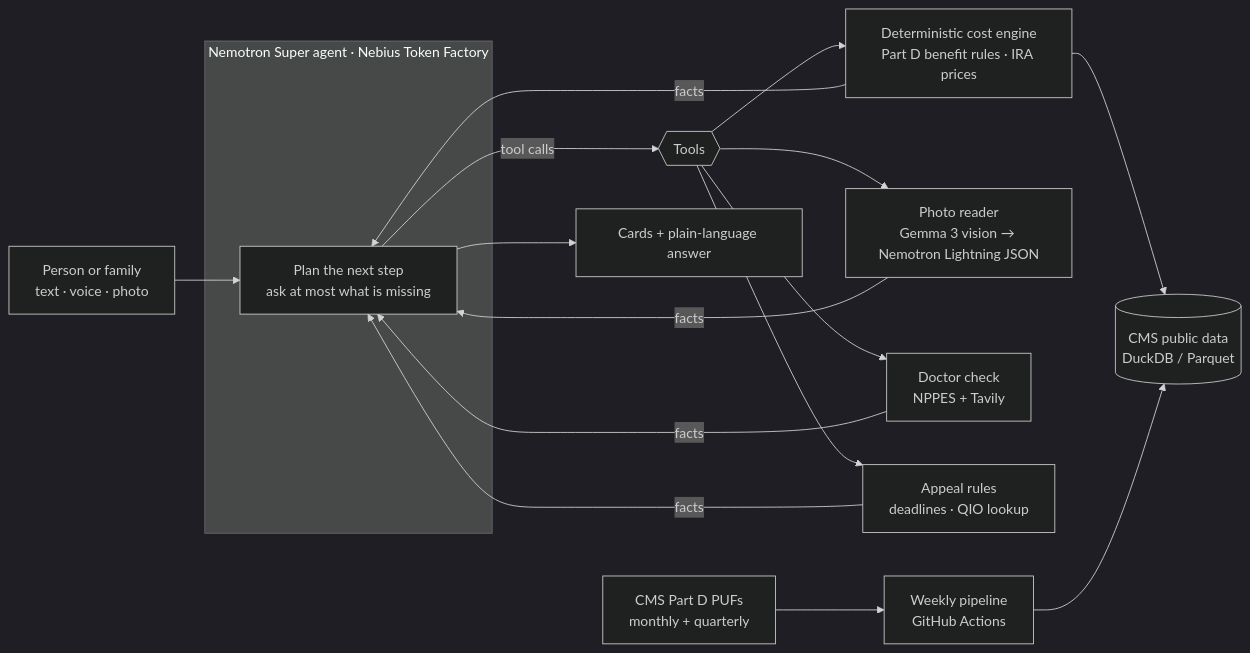
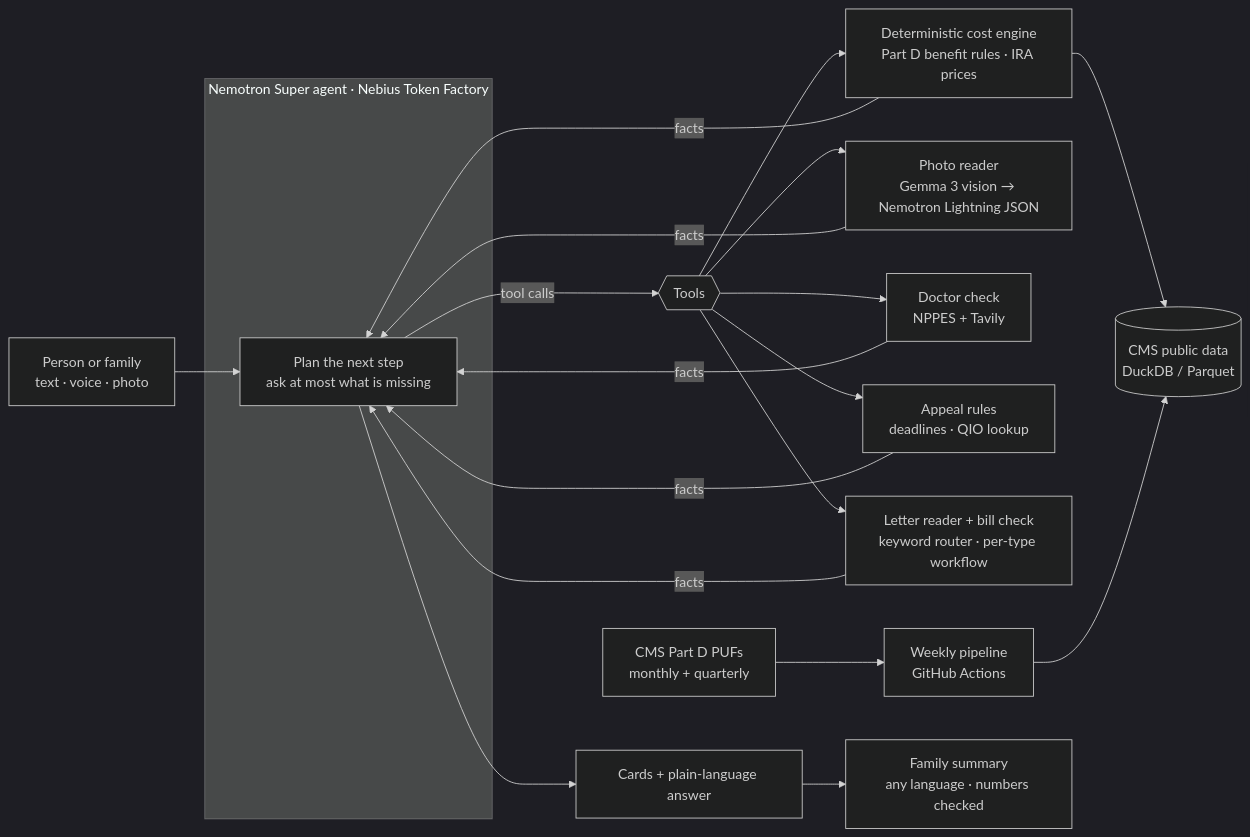
One commit to danhe6/medicare-aep-agent changed the diagram in README.md. Above: the diagram before and after it, drawn with Mermaid (dark theme). The commit also changed other lines of this file and 4 other files, not shown here.

Commit message:
Site demo: letters, bills, family summary (10 scenes); features page; README design section

````diff
--- a/README.md
+++ b/README.md
@@ -51,16 +61,18 @@
 ```mermaid
 flowchart LR
     U[Person or family<br/>text · voice · photo] --> A
     subgraph Agent [Nemotron Super agent · Nebius Token Factory]
       A[Plan the next step<br/>ask at most what is missing]
     end
     A -- tool calls --> T{{Tools}}
     T --> E[Deterministic cost engine<br/>Part D benefit rules · IRA prices]
     T --> V[Photo reader<br/>Gemma 3 vision → Nemotron Lightning JSON]
     T --> D[Doctor check<br/>NPPES + Tavily]
     T --> R[Appeal rules<br/>deadlines · QIO lookup]
+    T --> L[Letter reader + bill check<br/>keyword router · per-type workflow]
     E --> DB[(CMS public data<br/>DuckDB / Parquet)]
     P[CMS Part D PUFs<br/>monthly + quarterly] --> PL[Weekly pipeline<br/>GitHub Actions] --> DB
-    E & V & D & R -- facts --> A
+    E & V & D & R & L -- facts --> A
     A --> C[Cards + plain-language answer]
+    C --> S[Family summary<br/>any language · numbers checked]
 ```
````
